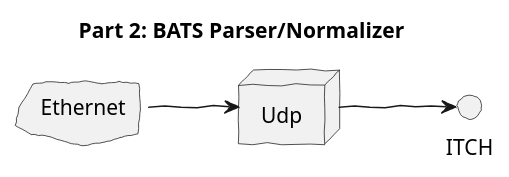
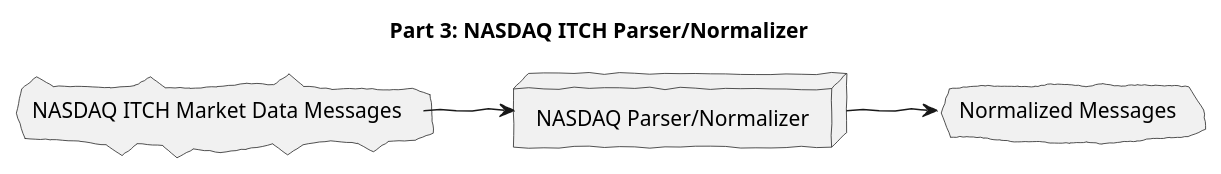
Before and after one commit to fpganow/OrderBook: the diagram in diagrams/Part.3.plantuml, drawn with PlantUML. The commit also changed 7 other files, not shown here.

Commit message:
Moving diagrams to sub-dir

```diff
--- a/diagrams/Part.3.plantuml
+++ b/diagrams/Part.3.plantuml
@@ -1,23 +1,23 @@
-@startuml Part Two
+@startuml Part 3
 
-title Part 2: BATS Parser/Normalizer
+title Part 3: NASDAQ ITCH Parser/Normalizer
 
 skinparam handwritten true
 left to right direction
 
 skinparam cloud {
     handwritten false
 }
 
 ' inputs
 '  Normalized OrderBook Message
 ' Outputs:
 '   Write response to buffer (if required)
+cloud "NASDAQ ITCH Market Data Messages" as Data
+node "NASDAQ Parser/Normalizer" as Normalizer
+cloud "Normalized Messages" as Normalized
 
-cloud Ethernet
-node Udp
-
-Ethernet --> Udp
-Udp --> ITCH
+Data --> Normalizer
+Normalizer--> Normalized
 
 @enduml
```
